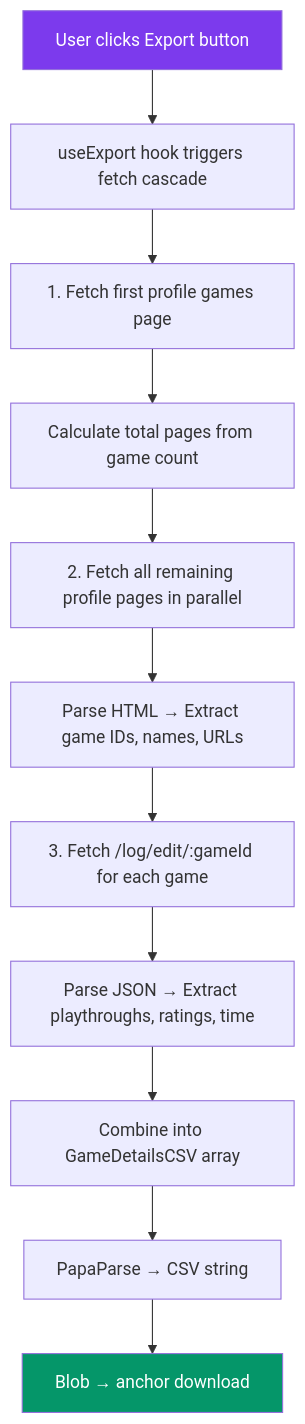
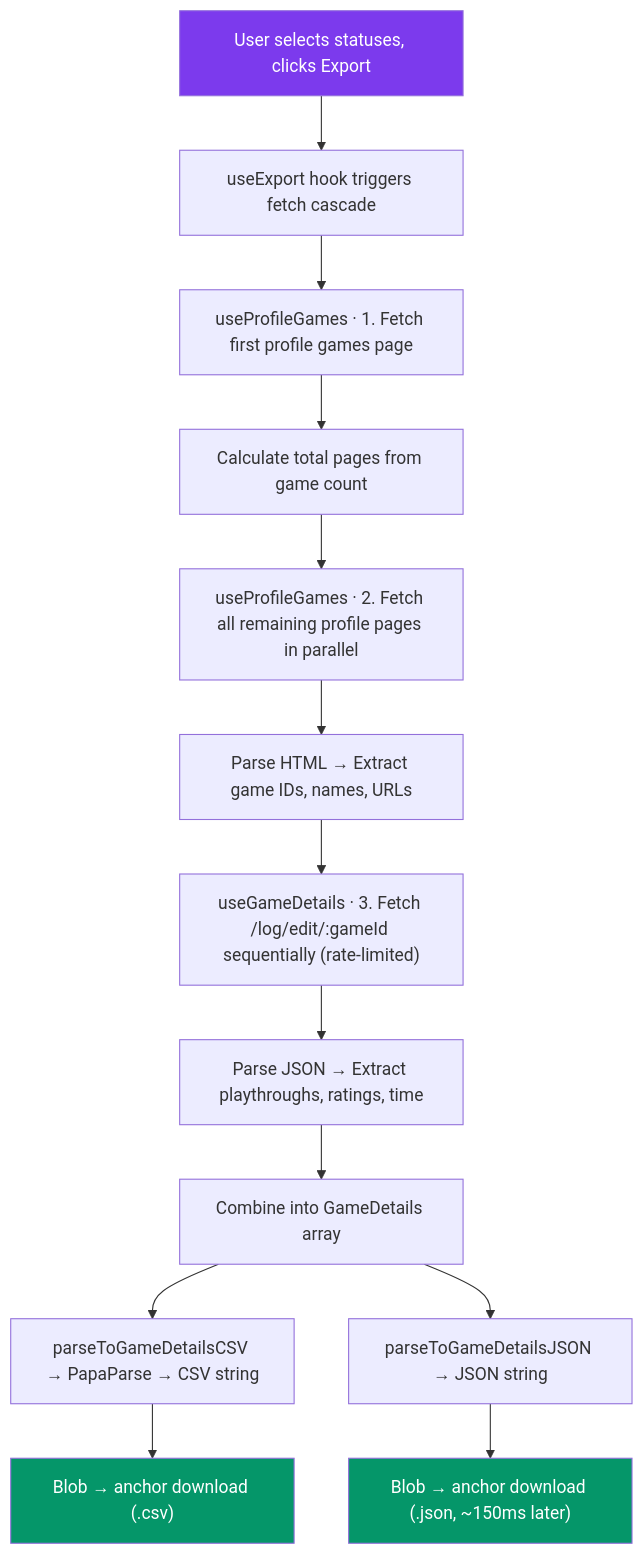
The diagram in entrypoints/backloggd.content/README.md (jolacdev/backloggd-plus), drawn with Mermaid before and after one commit. The commit also changed other lines of this file and 1 other file, not shown here.

Commit message:
docs(content-script): sync README with export refactor and drop unused useStorage hook

````diff
--- a/entrypoints/backloggd.content/README.md
+++ b/entrypoints/backloggd.content/README.md
@@ -45,16 +46,19 @@
 ```mermaid
 flowchart TD
-    A["User clicks Export button"] --> B["useExport hook triggers fetch cascade"]
-    B --> C["1. Fetch first profile games page"]
+    A["User selects statuses, clicks Export"] --> B["useExport hook triggers fetch cascade"]
+    B --> C["useProfileGames · 1. Fetch first profile games page"]
     C --> D["Calculate total pages from game count"]
-    D --> E["2. Fetch all remaining profile pages in parallel"]
+    D --> E["useProfileGames · 2. Fetch all remaining profile pages in parallel"]
     E --> F["Parse HTML → Extract game IDs, names, URLs"]
-    F --> G["3. Fetch /log/edit/:gameId for each game"]
+    F --> G["useGameDetails · 3. Fetch /log/edit/:gameId sequentially (rate-limited)"]
     G --> H["Parse JSON → Extract playthroughs, ratings, time"]
-    H --> I["Combine into GameDetailsCSV array"]
-    I --> J["PapaParse → CSV string"]
-    J --> K["Blob → anchor download"]
+    H --> I["Combine into GameDetails array"]
+    I --> J["parseToGameDetailsCSV → PapaParse → CSV string"]
+    I --> K["parseToGameDetailsJSON → JSON string"]
+    J --> L["Blob → anchor download (.csv)"]
+    K --> M["Blob → anchor download (.json, ~150ms later)"]
 
     style A fill:#7c3aed,color:#fff
-    style K fill:#059669,color:#fff
+    style L fill:#059669,color:#fff
+    style M fill:#059669,color:#fff
 ```
````
